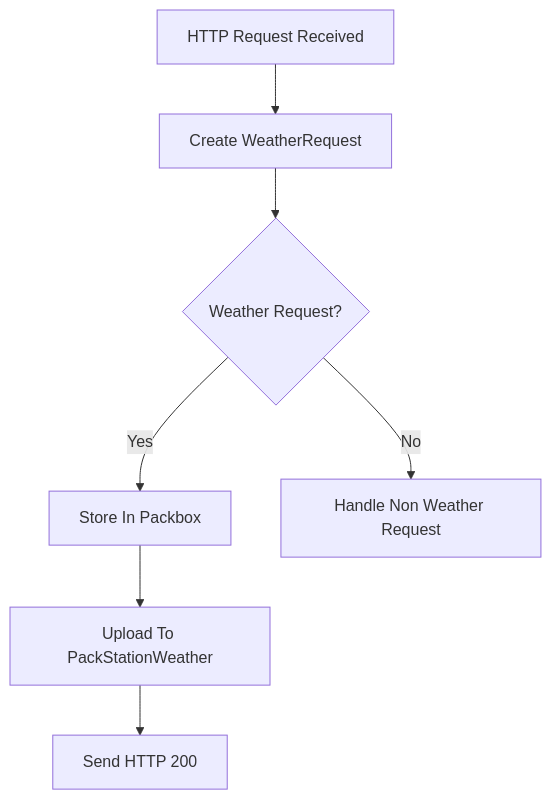
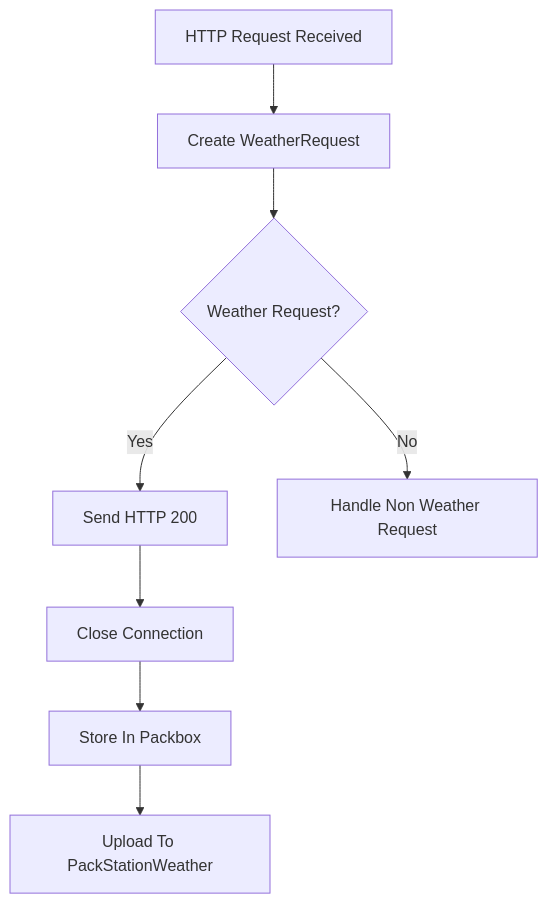
One commit to RichardSkeen/WeatherMule changed the diagram in docs/technical/flow-weather-request.md. Above: the diagram before and after it, drawn with Mermaid. The commit also changed other lines of this file and 8 other files, not shown here.

````diff
--- a/docs/technical/flow-weather-request.md
+++ b/docs/technical/flow-weather-request.md
@@ -72,24 +72,19 @@
 ```mermaid
 flowchart TD
-
     A[HTTP Request Received]
     B[Create WeatherRequest]
-
     C{Weather Request?}
-
-    D[Store In Packbox]
-    E[Upload To PackStationWeather]
-
-    F[Send HTTP 200]
-
-    G[Handle Non Weather Request]
+    D[Send HTTP 200]
+    E[Close Connection]
+    F[Store In Packbox]
+    G[Upload To PackStationWeather]
+    H[Handle Non Weather Request]
 
     A --> B
     B --> C
-
     C -->|Yes| D
     D --> E
     E --> F
-
-    C -->|No| G
+    F --> G
+    C -->|No| H
 ```
````
